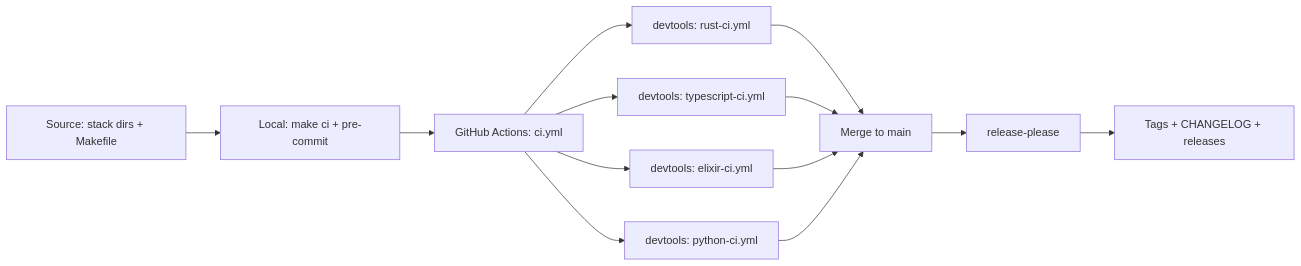
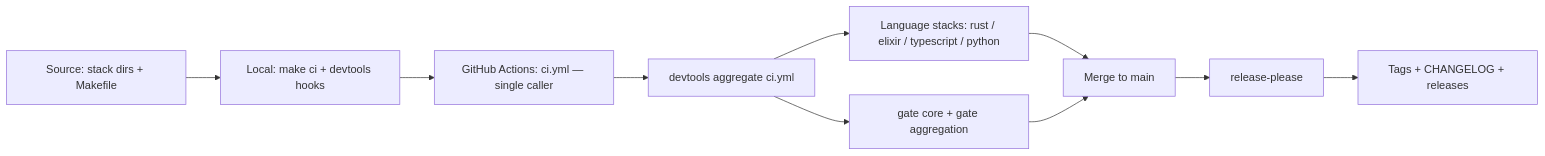
One commit to ostara-labs/repo-template changed the diagram in docs/architecture/ARCHITECTURE.md. Above: the diagram before and after it, drawn with Mermaid. The commit also changed other lines of this file and 2 other files, not shown here.

Commit message:
fix(ci): document the aggregate CI model — docs, manifest, architecture
Problem: repo-template's README, MANIFEST.md and ARCHITECTURE.md still
describe the pre-convergence model. MANIFEST told readers to delete a
stack's caller job from ci.yml plus its gate.needs entry (the current
caller has neither - the aggregate auto-detects stacks and succeeds
vacuously). ARCHITECTURE's diagram showed four devtools reusable
workflows (rust-ci/typescript-ci/elixir-ci/python-ci) instead of the
single aggregate caller. README had no aggregate section at all and the
Quickstart referenced the single 'gate' status check (the ruleset now
requires six gate/... contexts). A stale .pre-commit-config.yaml row
survived the framework teardown.

Solution: new 'CI: the devtools aggregate model' section in README
(caller, submodule, six contexts, devtools-update/Renovate); MANIFEST
stack-deletion steps reduced to dependabot + release-please entries
(aggregates auto-detect, nothing to edit in workflows); ARCHITECTURE
diagram and where-things-live updated to the caller/aggregate model;
Quickstart ruleset step names the six gate/ contexts.

````diff
--- a/docs/architecture/ARCHITECTURE.md
+++ b/docs/architecture/ARCHITECTURE.md
@@ -29,15 +29,12 @@
 ```mermaid
 flowchart LR
-    A[Source: stack dirs + Makefile] --> B[Local: make ci + pre-commit]
-    B --> C[GitHub Actions: ci.yml]
-    C --> D[devtools: rust-ci.yml]
-    C --> E[devtools: typescript-ci.yml]
-    C --> F[devtools: elixir-ci.yml]
-    C --> G[devtools: python-ci.yml]
-    D --> H[Merge to main]
-    E --> H
+    A[Source: stack dirs + Makefile] --> B[Local: make ci + devtools hooks]
+    B --> C[GitHub Actions: ci.yml — single caller]
+    C --> D[devtools aggregate ci.yml]
+    D --> E[Language stacks: rust / elixir / typescript / python]
+    D --> F[gate core + gate aggregation]
+    E --> H[Merge to main]
     F --> H
-    G --> H
     H --> I[release-please]
     I --> J[Tags + CHANGELOG + releases]
 ```
````
